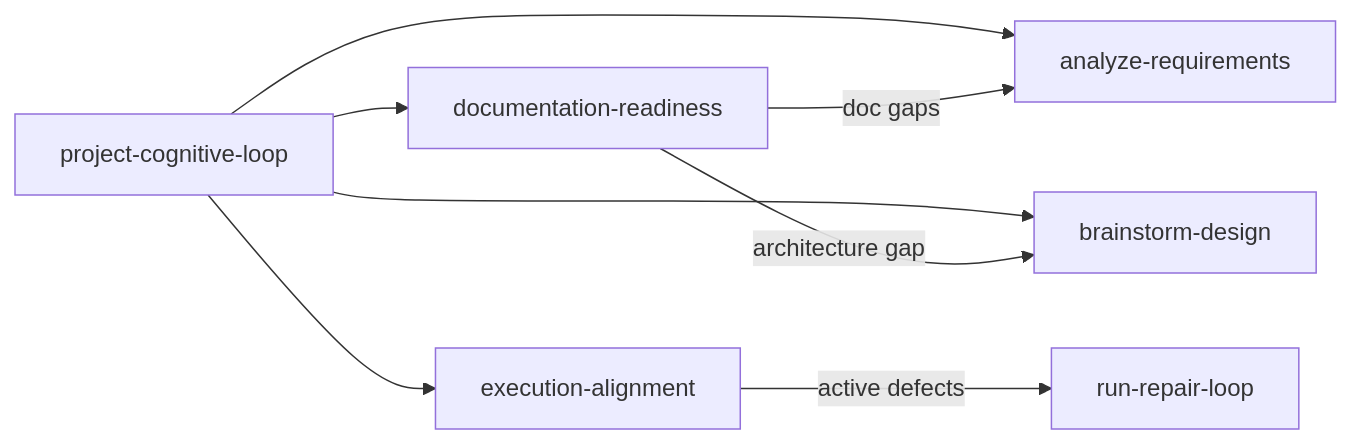
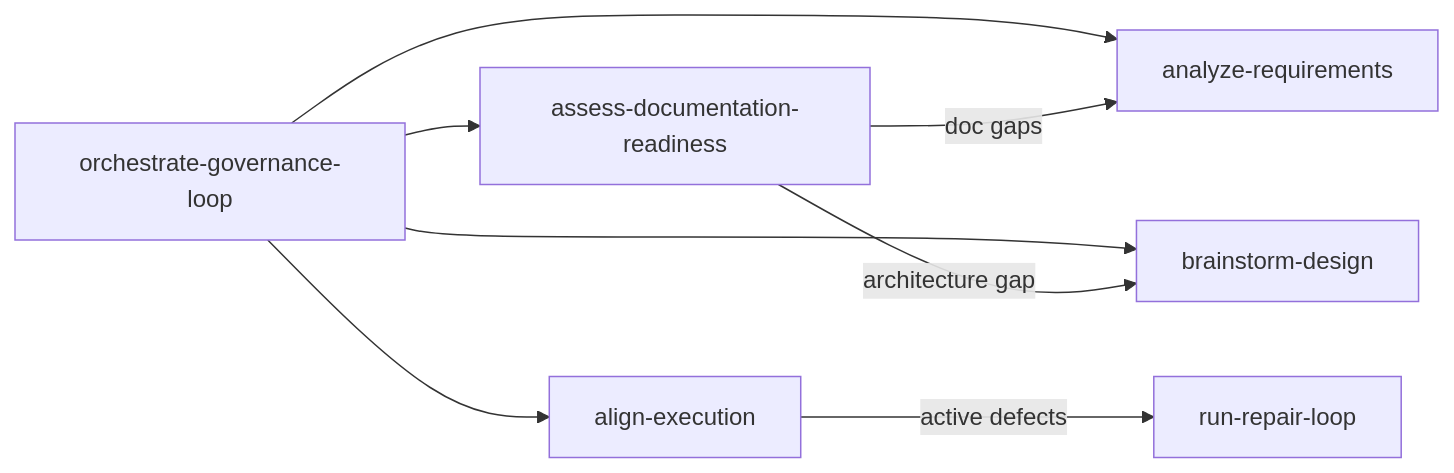
The sixth of 6 diagrams in skills/skillgraph.md (nesnilnehc/ai-cortex), drawn with Mermaid before and after one commit. The commit also changed other lines of this file and 41 other files, not shown here.

````diff
--- a/skills/skillgraph.md
+++ b/skills/skillgraph.md
@@ -244,17 +244,17 @@
 ```mermaid
 flowchart LR
-  loop[project-cognitive-loop]
+  loop[orchestrate-governance-loop]
   req[analyze-requirements]
   design[brainstorm-design]
-  align[execution-alignment]
-  docreadiness[documentation-readiness]
+  align[align-execution]
+  docreadiness[assess-documentation-readiness]
   repair[run-repair-loop]
 
   loop --> req
   loop --> design
   loop --> align
   loop --> docreadiness
   align -->|active defects| repair
   docreadiness -->|doc gaps| req
   docreadiness -->|architecture gap| design
 ```
````
